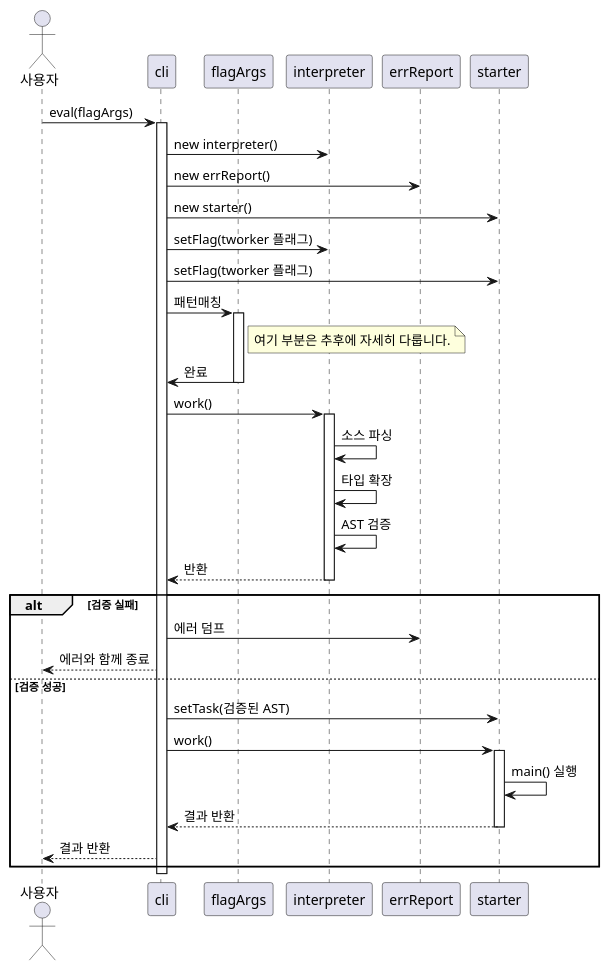
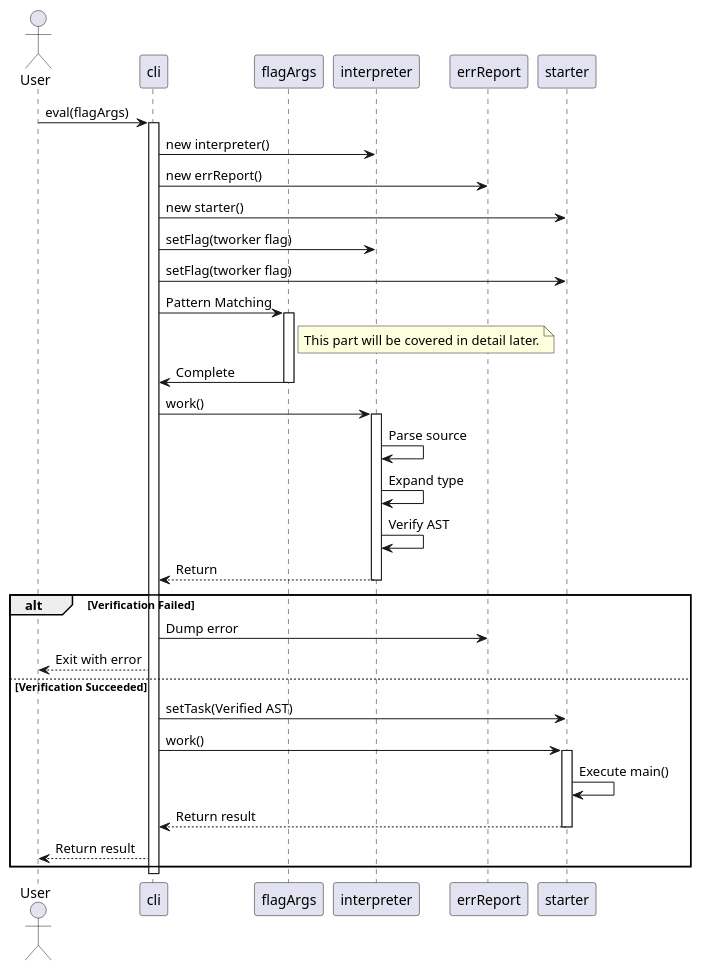
One commit to byeolang/byeol changed the second of 4 diagrams in doc/ref/ko/aj-architecture-frontend.md. Above: the diagram before and after it, drawn with PlantUML. The commit also changed other lines of this file and 5 other files, not shown here.

First line of the commit message:
docs: translate Korean to English in PlantUML blocks

```diff
--- a/doc/ref/ko/aj-architecture-frontend.md
+++ b/doc/ref/ko/aj-architecture-frontend.md
@@ -73,50 +73,50 @@
 @startuml
-actor 사용자
+actor User
 participant "cli" as cli
 participant "flagArgs" as flags
 participant "interpreter" as ip
 participant "errReport" as report
 participant "starter" as st
 
-사용자 -> cli : eval(flagArgs)
+User -> cli : eval(flagArgs)
 activate cli
 
 cli -> ip : new interpreter()
 cli -> report : new errReport()
 cli -> st : new starter()
 
-cli -> ip : setFlag(tworker 플래그)
-cli -> st : setFlag(tworker 플래그)
+cli -> ip : setFlag(tworker flag)
+cli -> st : setFlag(tworker flag)
 
-cli -> flags : 패턴매칭
+cli -> flags : Pattern Matching
 activate flags
 note right of flags
-  여기 부분은 추후에 자세히 다룹니다.
+  This part will be covered in detail later.
 end note
-flags -> cli: 완료
+flags -> cli: Complete
 deactivate flags
 
 cli -> ip : work()
 activate ip
-ip -> ip : 소스 파싱
-ip -> ip : 타입 확장
-ip -> ip : AST 검증
-ip --> cli : 반환
+ip -> ip : Parse source
+ip -> ip : Expand type
+ip -> ip : Verify AST
+ip --> cli : Return
 deactivate ip
 
-alt 검증 실패
-    cli -> report : 에러 덤프
-    cli --> 사용자 : 에러와 함께 종료
-else 검증 성공
-    cli -> st : setTask(검증된 AST)
+alt Verification Failed
+    cli -> report : Dump error
+    cli --> User : Exit with error
+else Verification Succeeded
+    cli -> st : setTask(Verified AST)
     cli -> st : work()
     activate st
-    st -> st : main() 실행
-    st --> cli : 결과 반환
+    st -> st : Execute main()
+    st --> cli : Return result
     deactivate st
 
-    cli --> 사용자 : 결과 반환
+    cli --> User : Return result
 end
 
 deactivate cli
 @enduml
```
